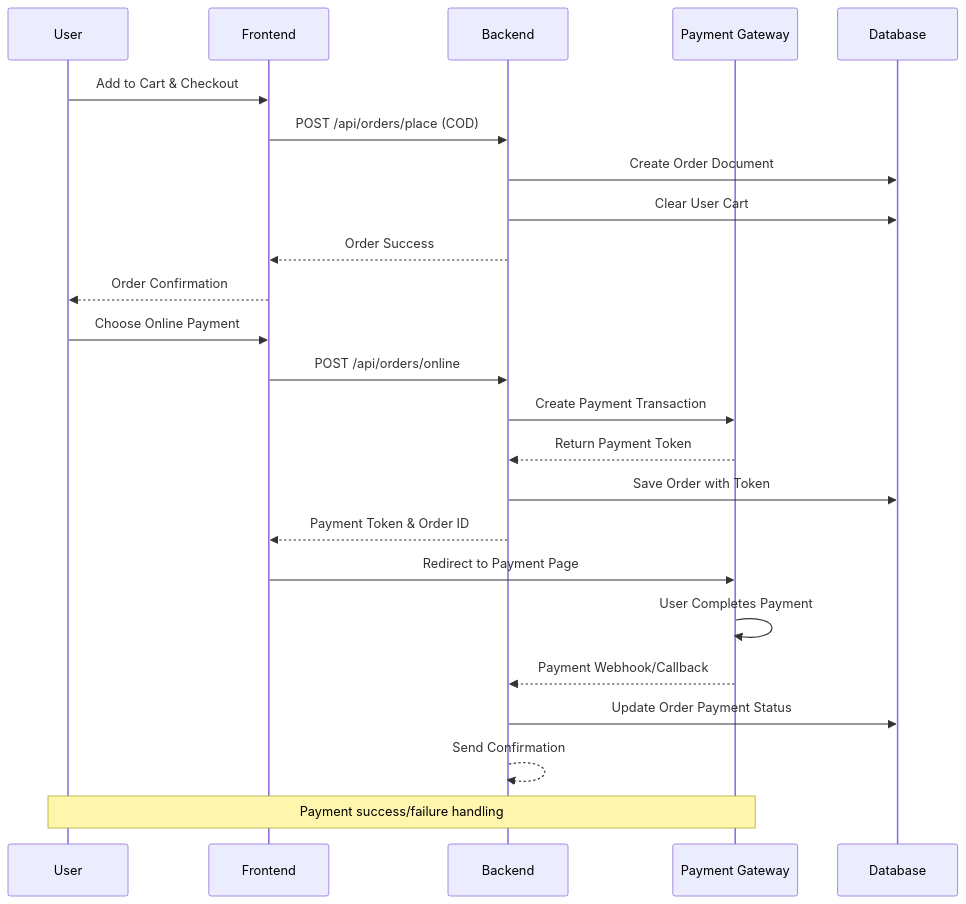
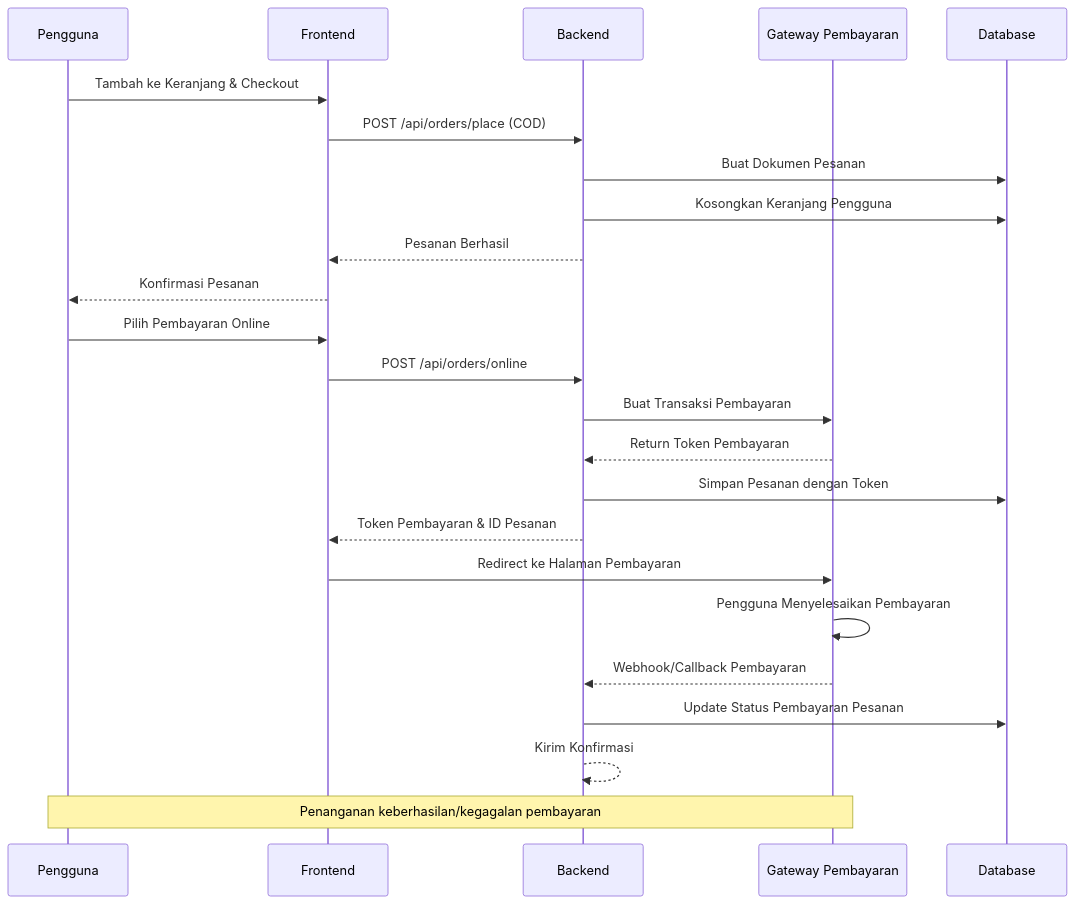
One commit to Grinti123/gerai-ayra-fullstack changed the tenth of 10 diagrams in README.md. Above: the diagram before and after it, drawn with Mermaid. The commit also changed other lines of this file, not shown here.

````diff
--- a/README.md
+++ b/README.md
@@ -370,29 +332,29 @@
 ```mermaid
 sequenceDiagram
-    participant U as User
+    participant P as Pengguna
     participant F as Frontend
     participant B as Backend
-    participant PG as Payment Gateway
+    participant PG as Gateway Pembayaran
     participant DB as Database
 
-    U->>F: Add to Cart & Checkout
+    P->>F: Tambah ke Keranjang & Checkout
     F->>B: POST /api/orders/place (COD)
-    B->>DB: Create Order Document
-    B->>DB: Clear User Cart
-    B-->>F: Order Success
-    F-->>U: Order Confirmation
+    B->>DB: Buat Dokumen Pesanan
+    B->>DB: Kosongkan Keranjang Pengguna
+    B-->>F: Pesanan Berhasil
+    F-->>P: Konfirmasi Pesanan
 
-    U->>F: Choose Online Payment
+    P->>F: Pilih Pembayaran Online
     F->>B: POST /api/orders/online
-    B->>PG: Create Payment Transaction
-    PG-->>B: Return Payment Token
-    B->>DB: Save Order with Token
-    B-->>F: Payment Token & Order ID
-    F->>PG: Redirect to Payment Page
-    PG->>PG: User Completes Payment
-    PG-->>B: Payment Webhook/Callback
-    B->>DB: Update Order Payment Status
-    B-->>B: Send Confirmation
+    B->>PG: Buat Transaksi Pembayaran
+    PG-->>B: Return Token Pembayaran
+    B->>DB: Simpan Pesanan dengan Token
+    B-->>F: Token Pembayaran & ID Pesanan
+    F->>PG: Redirect ke Halaman Pembayaran
+    PG->>PG: Pengguna Menyelesaikan Pembayaran
+    PG-->>B: Webhook/Callback Pembayaran
+    B->>DB: Update Status Pembayaran Pesanan
+    B-->>B: Kirim Konfirmasi
 
-    Note over U,PG: Payment success/failure handling
+    Note over P,PG: Penanganan keberhasilan/kegagalan pembayaran
 ```
````
